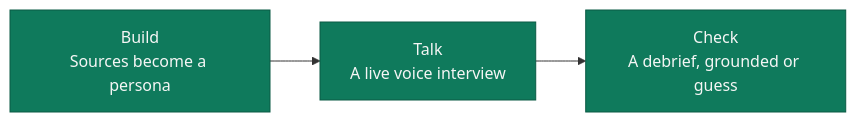
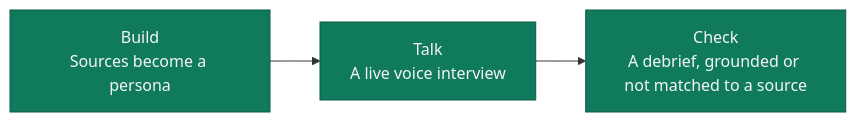
The diagram in README.md (gordonkoehn/baselHack26-t3), drawn with Mermaid before and after one commit. The commit also changed other lines of this file and 15 other files, not shown here.

First line of the commit message:
Debrief: say "not matched to a source" instead of calling an insight a guess

````diff
--- a/README.md
+++ b/README.md
@@ -30,6 +30,6 @@
 ```mermaid
 flowchart LR
-  B["Build<br/>Sources become a persona"] --> T["Talk<br/>A live voice interview"] --> C["Check<br/>A debrief, grounded or guess"]
+  B["Build<br/>Sources become a persona"] --> T["Talk<br/>A live voice interview"] --> C["Check<br/>A debrief, grounded or not matched to a source"]
   classDef step fill:#0F7A5C,stroke:#0B5A44,color:#F5F6F5
   class B,T,C step
 ```
````
